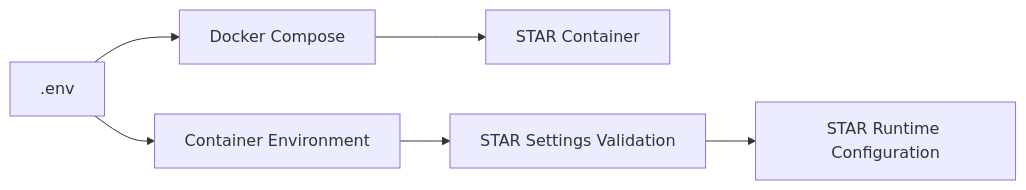
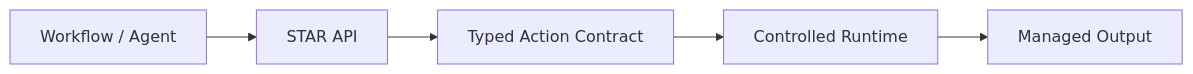
The diagram in README.md (Libertocrat/star), drawn with Mermaid before and after one commit. The commit also changed other lines of this file and 2 other files, not shown here.

First line of the commit message:
docs(readme): refocus onboarding on deploy flow

````diff
--- a/README.md
+++ b/README.md
@@ -313,8 +210,7 @@
 ```mermaid
 flowchart LR
-EnvFile[.env] --> Compose[Docker Compose]
-EnvFile --> RuntimeEnv[Container Environment]
-Compose --> STAR[STAR Container]
-RuntimeEnv --> Settings[STAR Settings Validation]
-Settings --> Runtime[STAR Runtime Configuration]
+WorkflowOrAgent[Workflow / Agent] --> API[STAR API]
+API --> Contract[Typed Action Contract]
+Contract --> Runtime[Controlled Runtime]
+Runtime --> Output[Managed Output]
 ```
````
